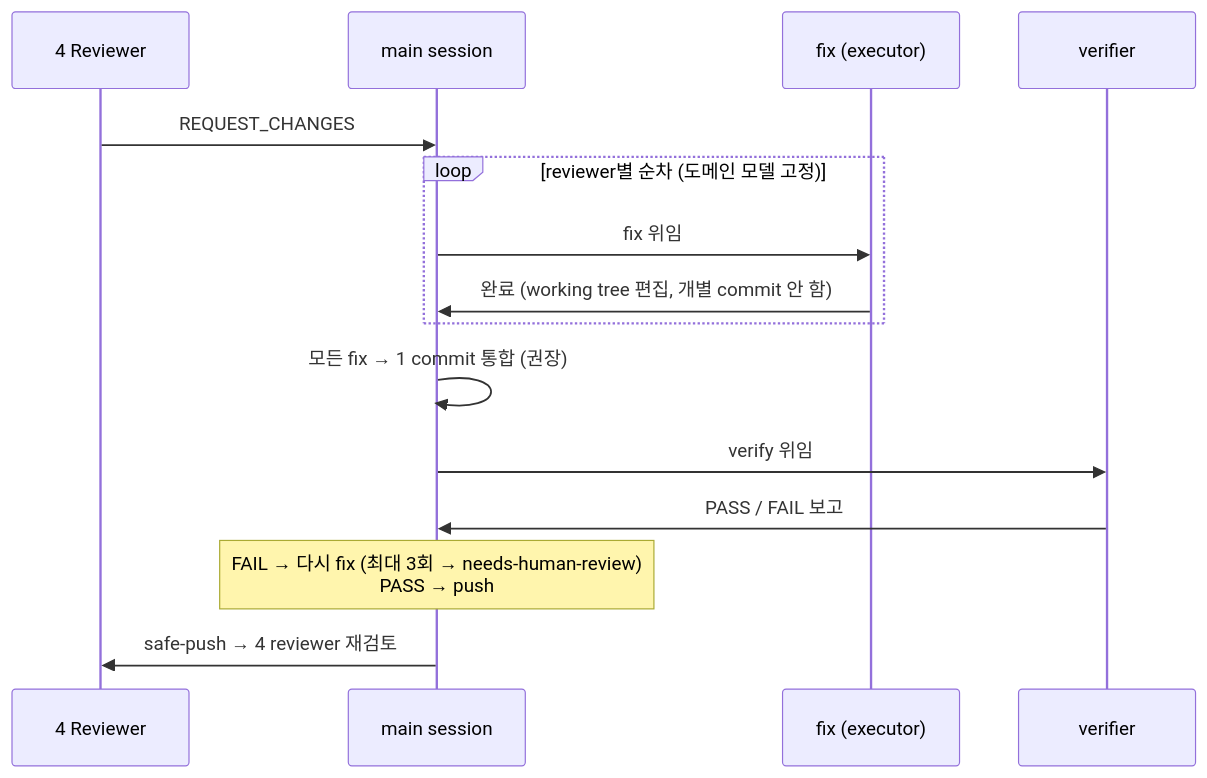
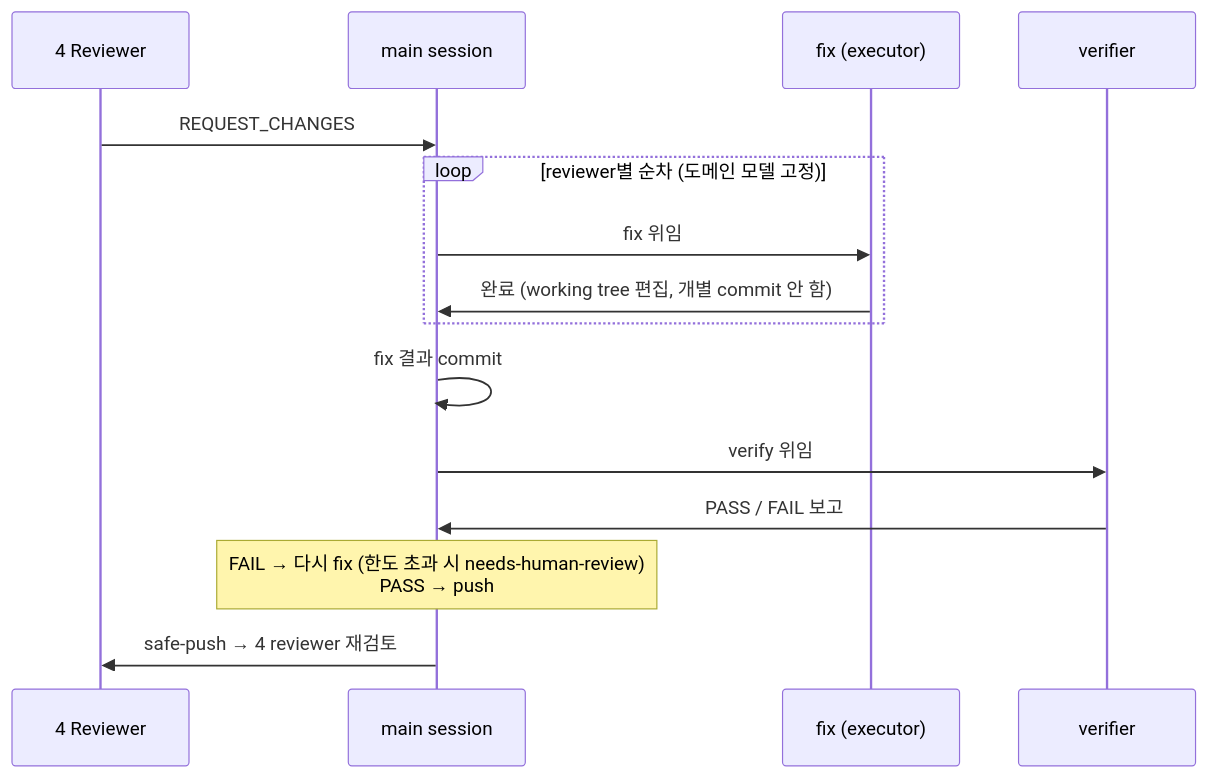
Before and after one commit to simsimhugh/macro-logbot: the second of 2 diagrams in docs/process/03-개발-프로세스.md, drawn with Mermaid. The commit also changed other lines of this file and 5 other files, not shown here.

````diff
--- a/docs/process/03-개발-프로세스.md
+++ b/docs/process/03-개발-프로세스.md
@@ -147,17 +140,17 @@
 ```mermaid
 sequenceDiagram
     participant R as 4 Reviewer
     participant M as main session
     participant F as fix (executor)
     participant V as verifier
     R->>M: REQUEST_CHANGES
     loop reviewer별 순차 (도메인 모델 고정)
         M->>F: fix 위임
         F->>M: 완료 (working tree 편집, 개별 commit 안 함)
     end
-    M->>M: 모든 fix → 1 commit 통합 (권장)
+    M->>M: fix 결과 commit
     M->>V: verify 위임
     V->>M: PASS / FAIL 보고
-    Note over M: FAIL → 다시 fix (최대 3회 → needs-human-review)<br/>PASS → push
+    Note over M: FAIL → 다시 fix (한도 초과 시 needs-human-review)<br/>PASS → push
     M->>R: safe-push → 4 reviewer 재검토
 ```
````
